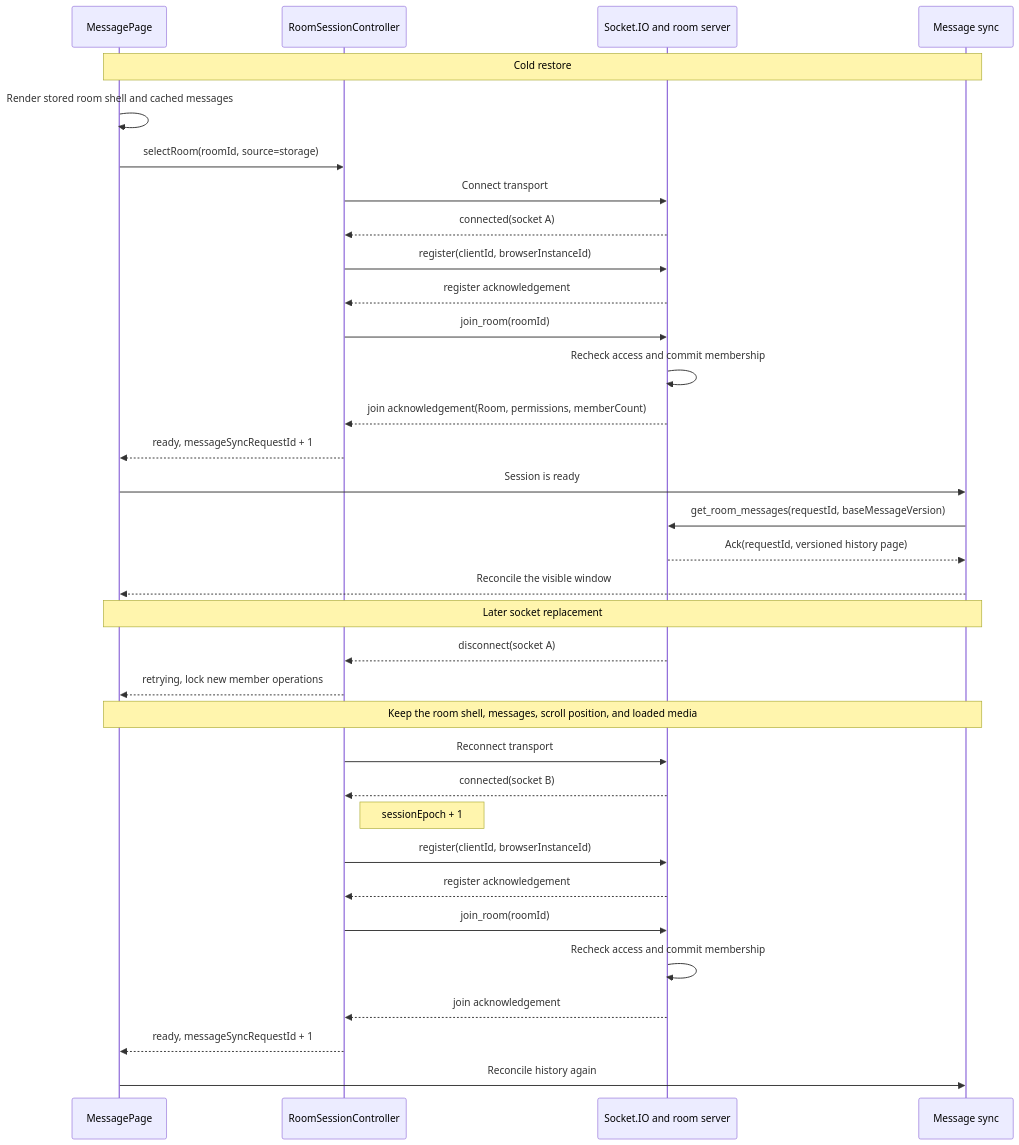
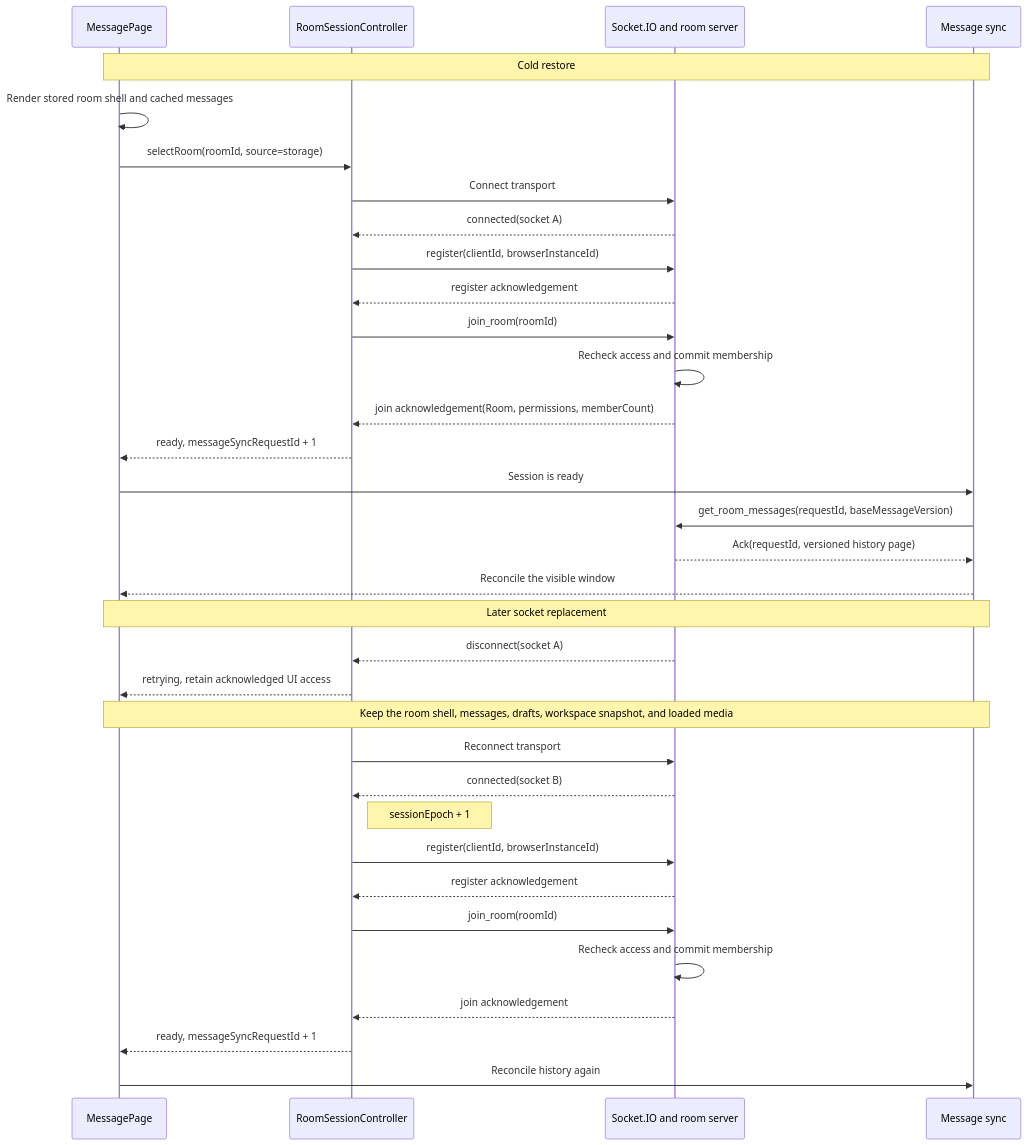
The diagram in docs/room-reliability-architecture.md (Skymore/roomtalk), drawn with Mermaid before and after one commit. The commit also changed other lines of this file and 17 other files, not shown here.

Commit message:
fix: preserve room access during reconnect

````diff
--- a/docs/room-reliability-architecture.md
+++ b/docs/room-reliability-architecture.md
@@ -99,38 +100,38 @@
 ```mermaid
 sequenceDiagram
     participant Page as MessagePage
     participant Session as RoomSessionController
     participant Server as Socket.IO and room server
     participant Messages as Message sync
 
     Note over Page,Messages: Cold restore
     Page->>Page: Render stored room shell and cached messages
     Page->>Session: selectRoom(roomId, source=storage)
     Session->>Server: Connect transport
     Server-->>Session: connected(socket A)
     Session->>Server: register(clientId, browserInstanceId)
     Server-->>Session: register acknowledgement
     Session->>Server: join_room(roomId)
     Server->>Server: Recheck access and commit membership
     Server-->>Session: join acknowledgement(Room, permissions, memberCount)
     Session-->>Page: ready, messageSyncRequestId + 1
     Page->>Messages: Session is ready
     Messages->>Server: get_room_messages(requestId, baseMessageVersion)
     Server-->>Messages: Ack(requestId, versioned history page)
     Messages-->>Page: Reconcile the visible window
 
     Note over Page,Messages: Later socket replacement
     Server-->>Session: disconnect(socket A)
-    Session-->>Page: retrying, lock new member operations
-    Note over Page,Messages: Keep the room shell, messages, scroll position, and loaded media
+    Session-->>Page: retrying, retain acknowledged UI access
+    Note over Page,Messages: Keep the room shell, messages, drafts, workspace snapshot, and loaded media
     Session->>Server: Reconnect transport
     Server-->>Session: connected(socket B)
     Note right of Session: sessionEpoch + 1
     Session->>Server: register(clientId, browserInstanceId)
     Server-->>Session: register acknowledgement
     Session->>Server: join_room(roomId)
     Server->>Server: Recheck access and commit membership
     Server-->>Session: join acknowledgement
     Session-->>Page: ready, messageSyncRequestId + 1
     Page->>Messages: Reconcile history again
 ```
````
